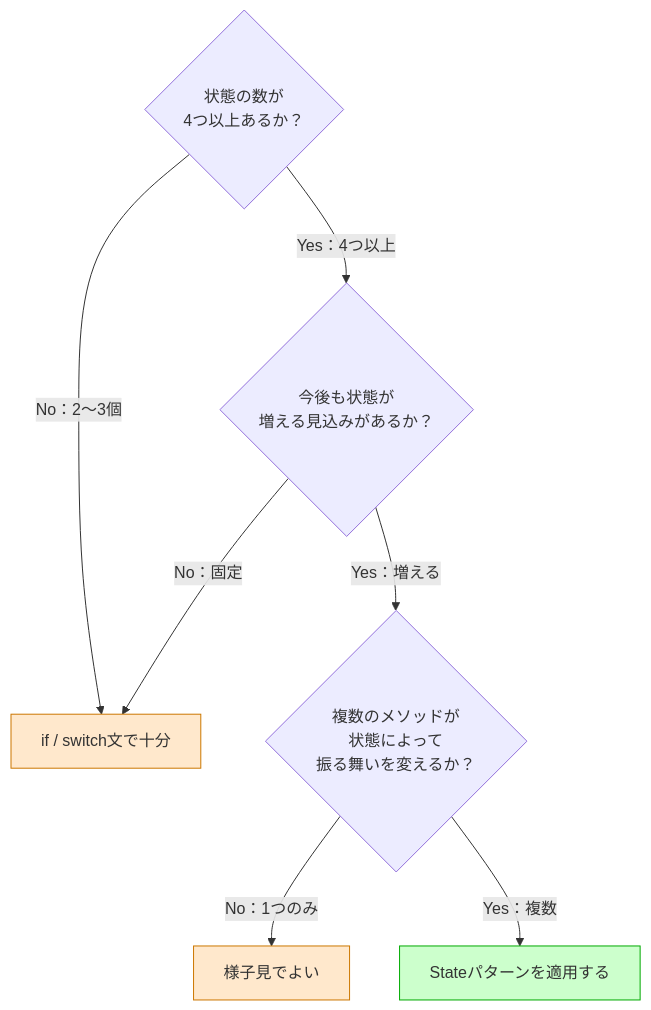
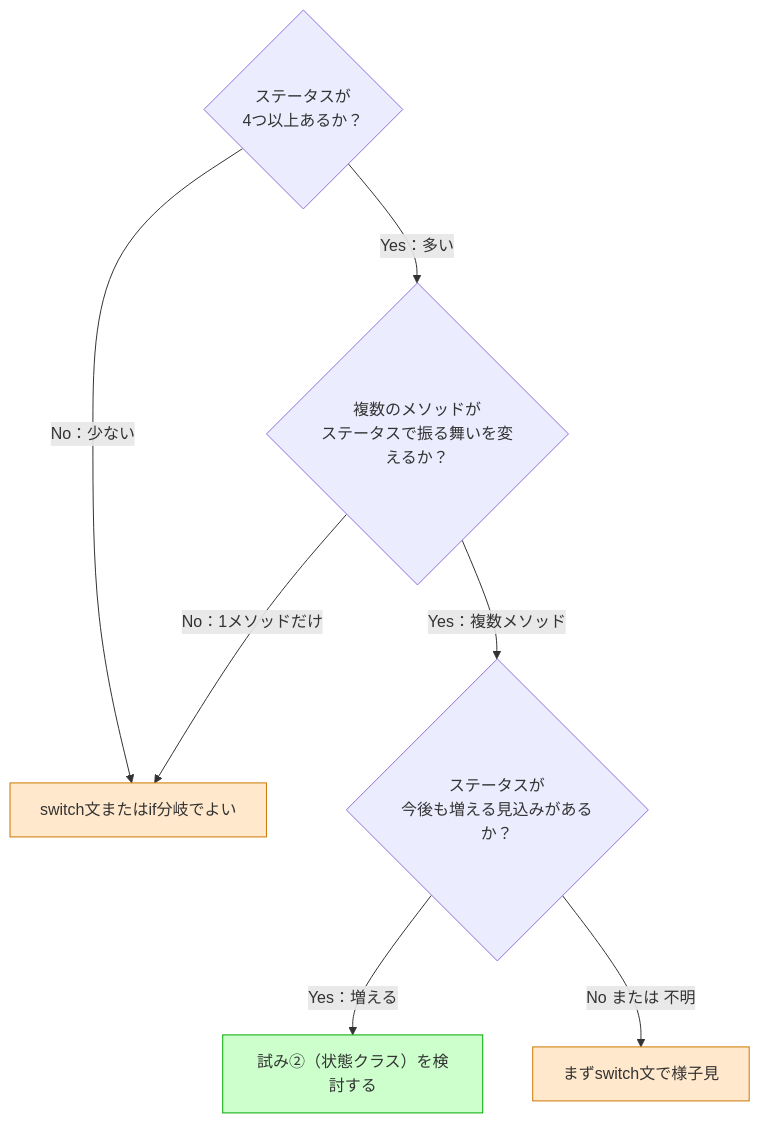
One commit to kumachan1101-pixel/DesignPattern changed the fifth of 8 diagrams in kindle/design-patterns/output/chapter03.md. Above: the diagram before and after it, drawn with Mermaid. The commit also changed other lines of this file and 1 other file, not shown here.

````diff
--- a/kindle/design-patterns/output/chapter03.md
+++ b/kindle/design-patterns/output/chapter03.md
@@ -466,20 +786,20 @@
 ```mermaid
 flowchart TD
-    Q1{"状態の数が\n4つ以上あるか？"}
-    Q2{"今後も状態が\n増える見込みがあるか？"}
-    Q3{"複数のメソッドが\n状態によって\n振る舞いを変えるか？"}
-    R1["if / switch文で十分"]
-    R2["Stateパターンを適用する"]
-    R3["様子見でよい"]
+    Q1{"ステータスが\n4つ以上あるか？"}
+    Q2{"複数のメソッドが\nステータスで振る舞いを変えるか？"}
+    Q3{"ステータスが\n今後も増える見込みがあるか？"}
+    R1["switch文またはif分岐でよい"]
+    R2["試み②（状態クラス）を検討する"]
+    R3["まずswitch文で様子見"]
 
-    Q1 -->|No：2〜3個| R1
-    Q1 -->|Yes：4つ以上| Q2
-    Q2 -->|No：固定| R1
-    Q2 -->|Yes：増える| Q3
-    Q3 -->|No：1つのみ| R3
-    Q3 -->|Yes：複数| R2
+    Q1 -->|No：少ない| R1
+    Q1 -->|Yes：多い| Q2
+    Q2 -->|No：1メソッドだけ| R1
+    Q2 -->|Yes：複数メソッド| Q3
+    Q3 -->|Yes：増える| R2
+    Q3 -->|No または 不明| R3
 
     style R2 fill:#ccffcc,stroke:#00aa00
     style R1 fill:#ffe8cc,stroke:#cc7700
     style R3 fill:#ffe8cc,stroke:#cc7700
 ```
````
